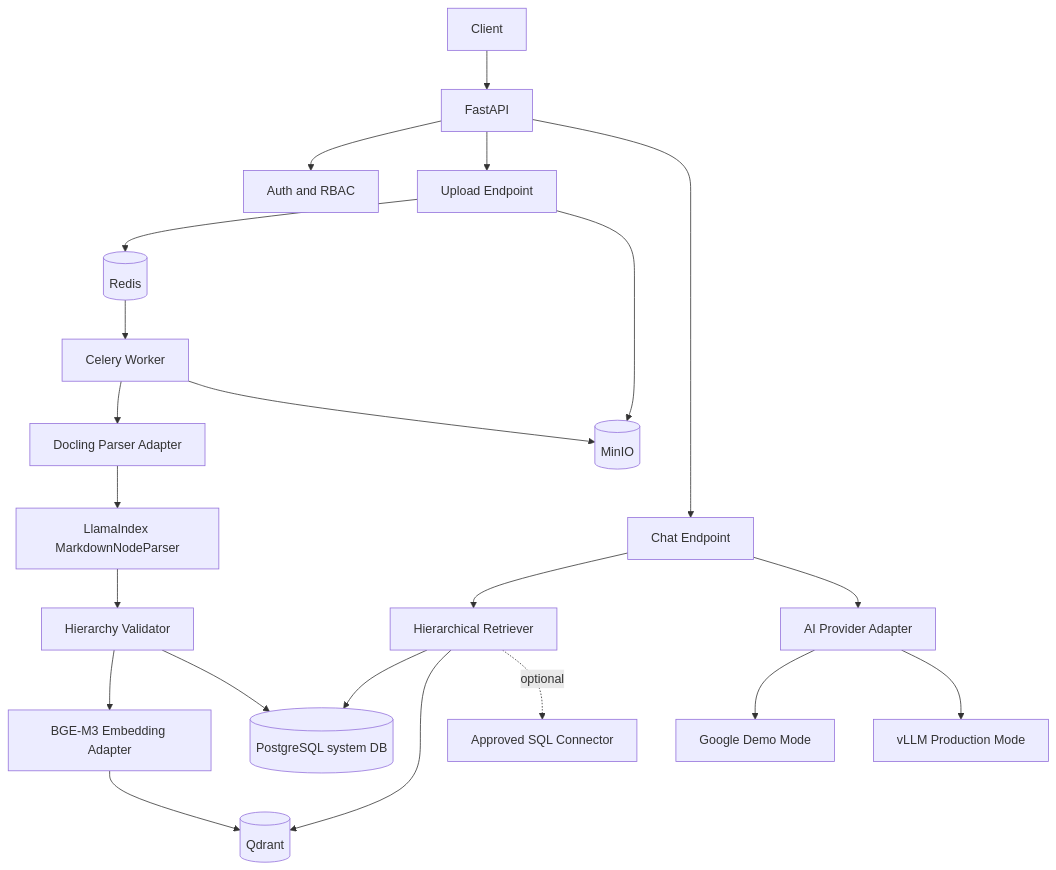
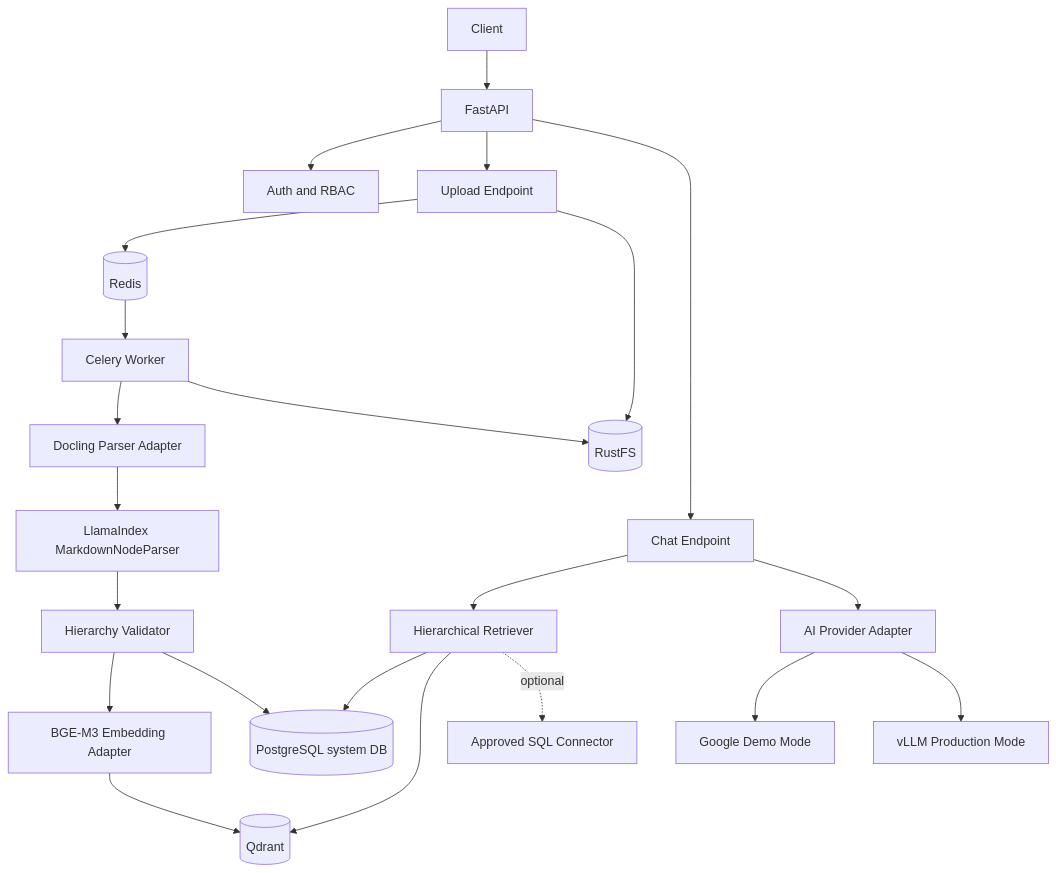
The diagram in docs/01_SYSTEM_ARCHITECTURE.md (qtuanph/chatbot-rag), drawn with Mermaid before and after one commit. The commit also changed other lines of this file and 13 other files, not shown here.

Commit message:
feat: Migrate storage backend from MinIO to RustFS and update related configurations

````diff
--- a/docs/01_SYSTEM_ARCHITECTURE.md
+++ b/docs/01_SYSTEM_ARCHITECTURE.md
@@ -22,28 +22,28 @@
 ```mermaid
 graph TD
     Client[Client] --> API[FastAPI]
     API --> Auth[Auth and RBAC]
     API --> Upload[Upload Endpoint]
     API --> Chat[Chat Endpoint]
 
     Upload --> Redis[(Redis)]
     Redis --> Worker[Celery Worker]
 
     Worker --> Parser[Docling Parser Adapter]
     Parser --> NodeParser[LlamaIndex MarkdownNodeParser]
     NodeParser --> Validator[Hierarchy Validator]
     Validator --> Embedder[BGE-M3 Embedding Adapter]
     Embedder --> Qdrant[(Qdrant)]
     Validator --> PG[(PostgreSQL system DB)]
 
-    Upload --> MinIO[(MinIO)]
-    Worker --> MinIO
+    Upload --> RustFS[(RustFS)]
+    Worker --> RustFS
 
     Chat --> Retriever[Hierarchical Retriever]
     Retriever --> PG
     Retriever --> Qdrant
     Retriever -. optional .-> SQLConnector[Approved SQL Connector]
     Chat --> LLM[AI Provider Adapter]
     LLM --> Google[Google Demo Mode]
     LLM --> vLLM[vLLM Production Mode]
 ```
````
